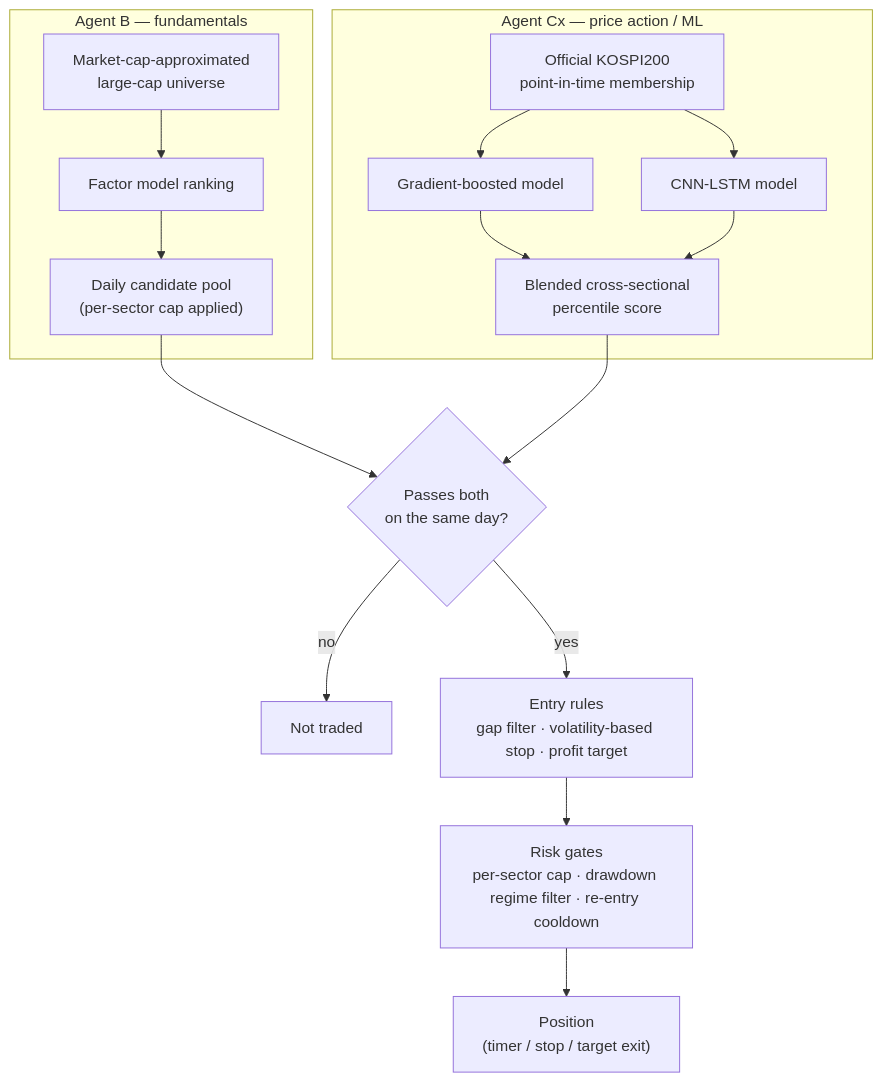
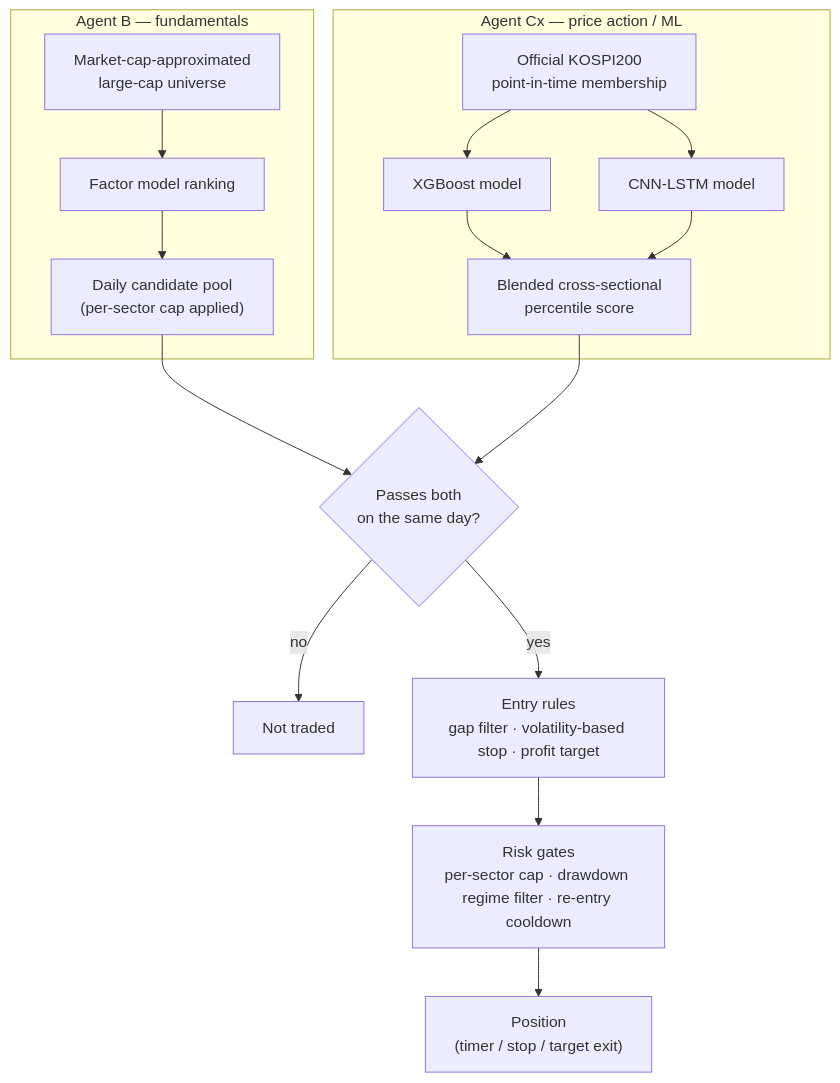
The diagram in README.md (paul00-post/kr-equity-quant-research), drawn with Mermaid before and after one commit. The commit also changed other lines of this file, not shown here.

Commit message:
Name XGBoost explicitly in Approach text and diagram
Tech stack already named XGBoost; the Approach prose and Mermaid
diagram had it as generic "gradient-boosted" instead, which was just
an inconsistency, not a withheld detail — confirmed both Agent B and
Agent Cx use xgb.XGBClassifier in the underlying code.

````diff
--- a/README.md
+++ b/README.md
@@ -69,21 +69,21 @@
 ```mermaid
 flowchart TD
     subgraph AgentB["Agent B — fundamentals"]
         B1["Market-cap-approximated<br/>large-cap universe"] --> B2["Factor model ranking"]
         B2 --> B3["Daily candidate pool<br/>(per-sector cap applied)"]
     end
 
     subgraph AgentCx["Agent Cx — price action / ML"]
-        C1["Official KOSPI200<br/>point-in-time membership"] --> C2["Gradient-boosted model"]
+        C1["Official KOSPI200<br/>point-in-time membership"] --> C2["XGBoost model"]
         C1 --> C3["CNN-LSTM model"]
         C2 --> C4["Blended cross-sectional<br/>percentile score"]
         C3 --> C4
     end
 
     B3 --> GATE{"Passes both<br/>on the same day?"}
     C4 --> GATE
     GATE -->|no| SKIP["Not traded"]
     GATE -->|yes| ENTRY["Entry rules<br/>gap filter · volatility-based stop · profit target"]
     ENTRY --> RISK["Risk gates<br/>per-sector cap · drawdown regime filter · re-entry cooldown"]
     RISK --> POS["Position<br/>(timer / stop / target exit)"]
 ```
````
